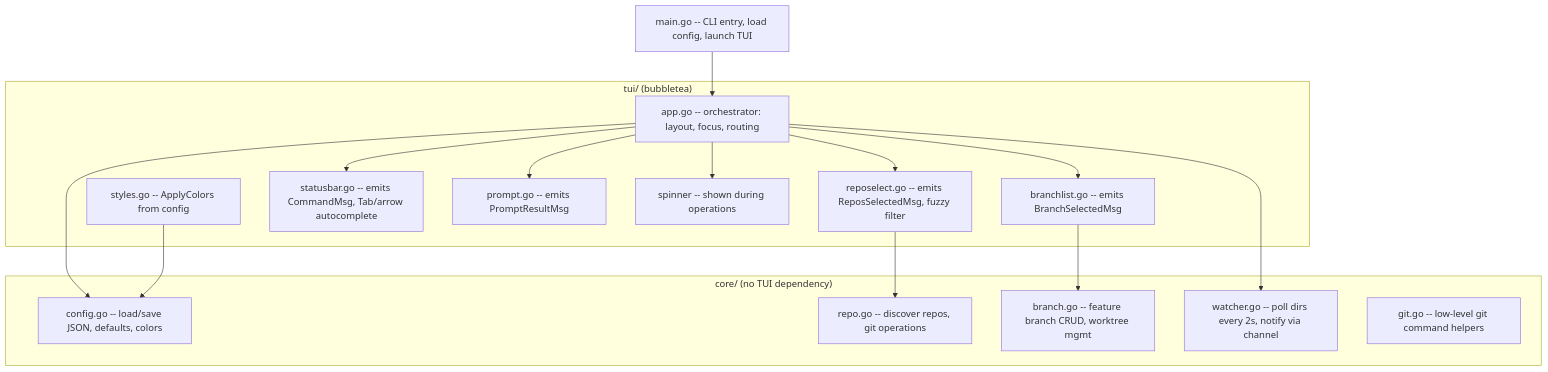
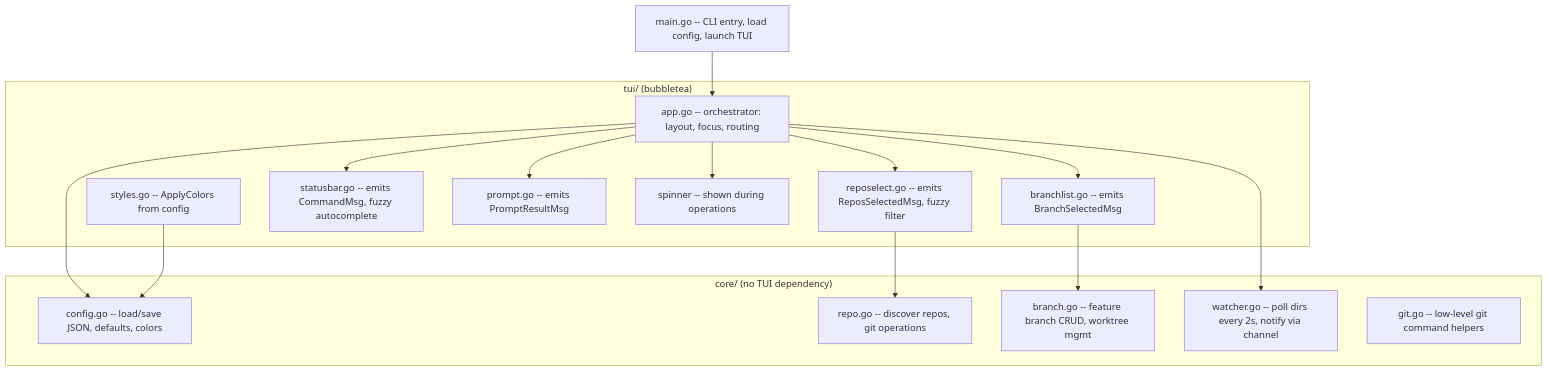
One commit to alexiezhov/wtman changed the first of 2 diagrams in .dev/plan.md. Above: the diagram before and after it, drawn with Mermaid. The commit also changed other lines of this file and 6 other files, not shown here.

Commit message:
Rename colors to functional names and add fuzzy autocomplete to command bar

````diff
--- a/.dev/plan.md
+++ b/.dev/plan.md
@@ -12,31 +12,31 @@
 ```mermaid
 graph TD
     subgraph core ["core/ (no TUI dependency)"]
         Config["config.go -- load/save JSON, defaults, colors"]
         Repo["repo.go -- discover repos, git operations"]
         Branch["branch.go -- feature branch CRUD, worktree mgmt"]
         Watcher["watcher.go -- poll dirs every 2s, notify via channel"]
         Git["git.go -- low-level git command helpers"]
     end
     subgraph tui ["tui/ (bubbletea)"]
         App["app.go -- orchestrator: layout, focus, routing"]
         BranchList["branchlist.go -- emits BranchSelectedMsg"]
         RepoSelect["reposelect.go -- emits ReposSelectedMsg, fuzzy filter"]
-        StatusBar["statusbar.go -- emits CommandMsg, Tab/arrow autocomplete"]
+        StatusBar["statusbar.go -- emits CommandMsg, fuzzy autocomplete"]
         Prompt["prompt.go -- emits PromptResultMsg"]
         Spinner["spinner -- shown during operations"]
         Styles["styles.go -- ApplyColors from config"]
     end
     Main["main.go -- CLI entry, load config, launch TUI"]
     Main --> App
     App --> BranchList
     App --> RepoSelect
     App --> StatusBar
     App --> Prompt
     App --> Spinner
     BranchList --> Branch
     RepoSelect --> Repo
     App --> Config
     App --> Watcher
     Styles --> Config
 ```
````
